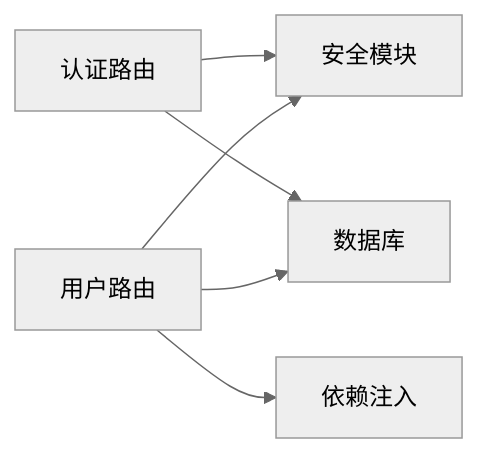
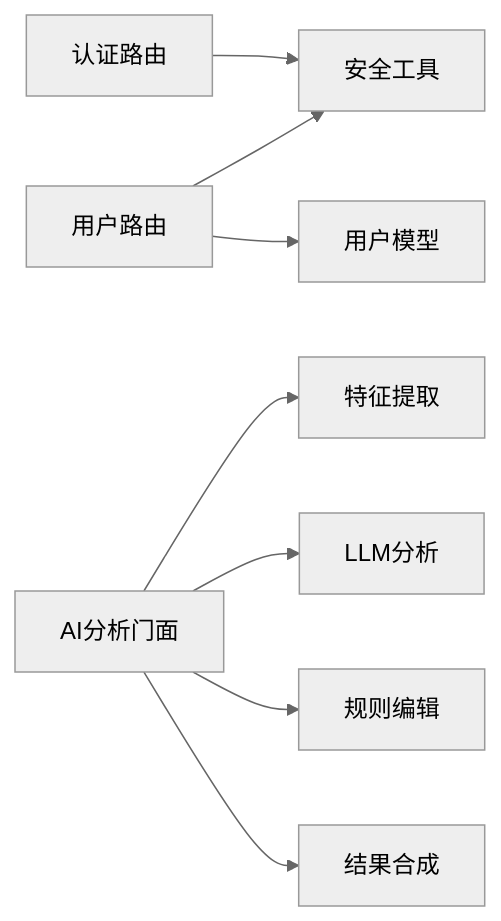
The seventh of 7 diagrams in .qoder/repowiki/zh/content/测试策略.md (selectzhangyuan/AI-photo-coach), drawn with Mermaid (neutral theme) before and after one commit. The commit also changed other lines of this file and 128 other files, not shown here.

````diff
--- a/.qoder/repowiki/zh/content/测试策略.md
+++ b/.qoder/repowiki/zh/content/测试策略.md
@@ -245,8 +301,10 @@
 ```mermaid
 graph LR
-AUTH_R["认证路由"] --> SEC["安全模块"]
-USERS_R["用户路由"] --> SEC
-USERS_R --> DEP["依赖注入"]
-AUTH_R --> DB["数据库"]
-USERS_R --> DB
+AuthRouter["认证路由"] --> Sec["安全工具"]
+UsersRouter["用户路由"] --> Sec
+UsersRouter --> UserModel["用户模型"]
+Analyzer["AI分析门面"] --> CV["特征提取"]
+Analyzer --> LLM["LLM分析"]
+Analyzer --> Rules["规则编辑"]
+Analyzer --> Composer["结果合成"]
 ```
````
